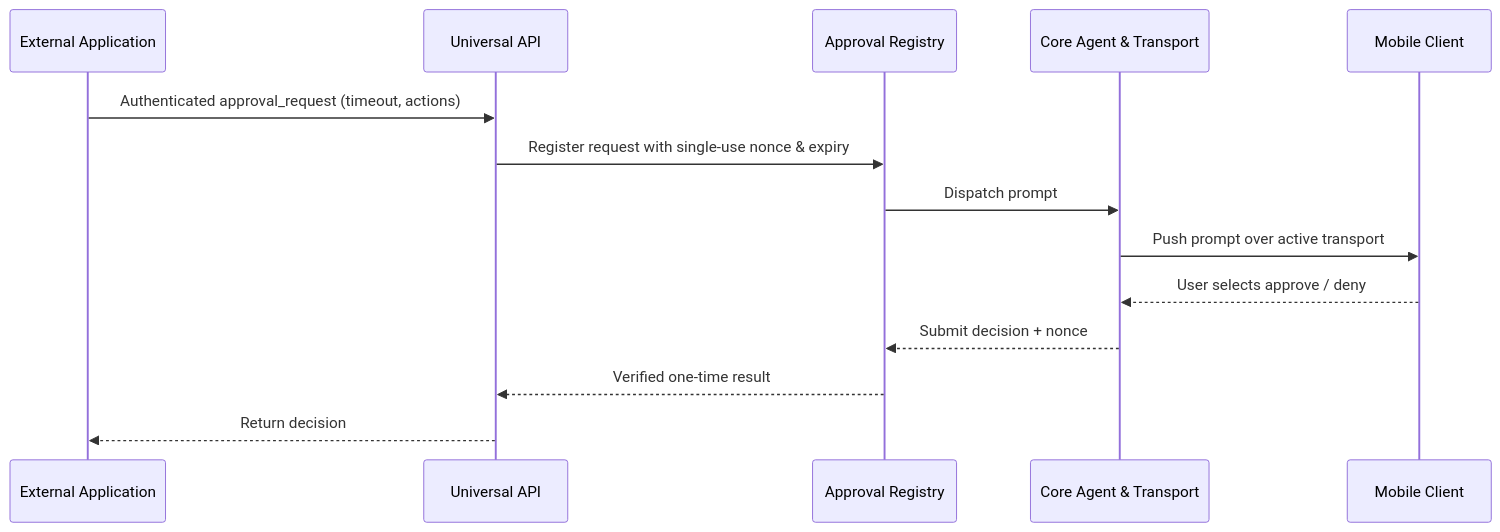
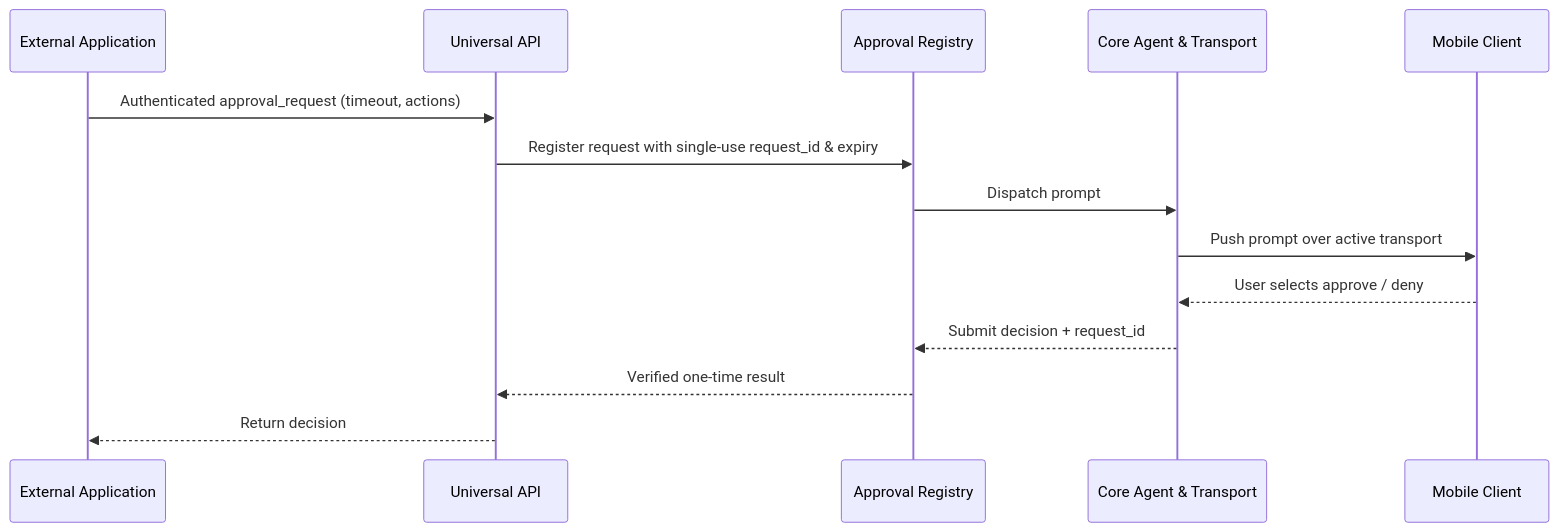
One commit to NoVate911/NexDeck changed the diagram in docs/api/universal-api.md. Above: the diagram before and after it, drawn with Mermaid. The commit also changed other lines of this file and 10 other files, not shown here.

````diff
--- a/docs/api/universal-api.md
+++ b/docs/api/universal-api.md
@@ -34,17 +34,17 @@
 ```mermaid
 sequenceDiagram
     participant App as External Application
     participant API as Universal API
     participant Approval as Approval Registry
     participant Core as Core Agent & Transport
     participant Phone as Mobile Client
 
     App->>API: Authenticated approval_request (timeout, actions)
-    API->>Approval: Register request with single-use nonce & expiry
+    API->>Approval: Register request with single-use request_id & expiry
     Approval->>Core: Dispatch prompt
     Core->>Phone: Push prompt over active transport
     Phone-->>Core: User selects approve / deny
-    Core-->>Approval: Submit decision + nonce
+    Core-->>Approval: Submit decision + request_id
     Approval-->>API: Verified one-time result
     API-->>App: Return decision
 ```
````
